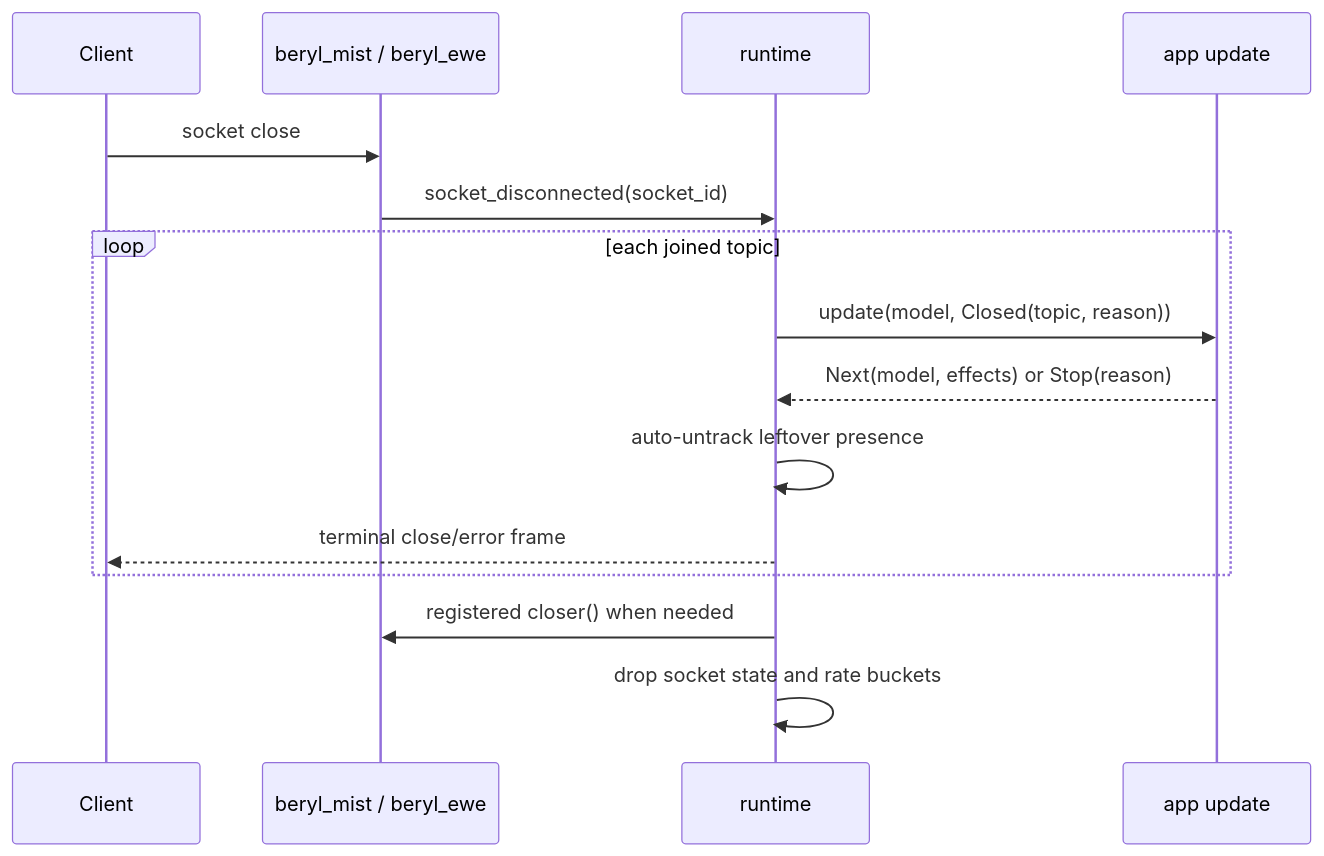
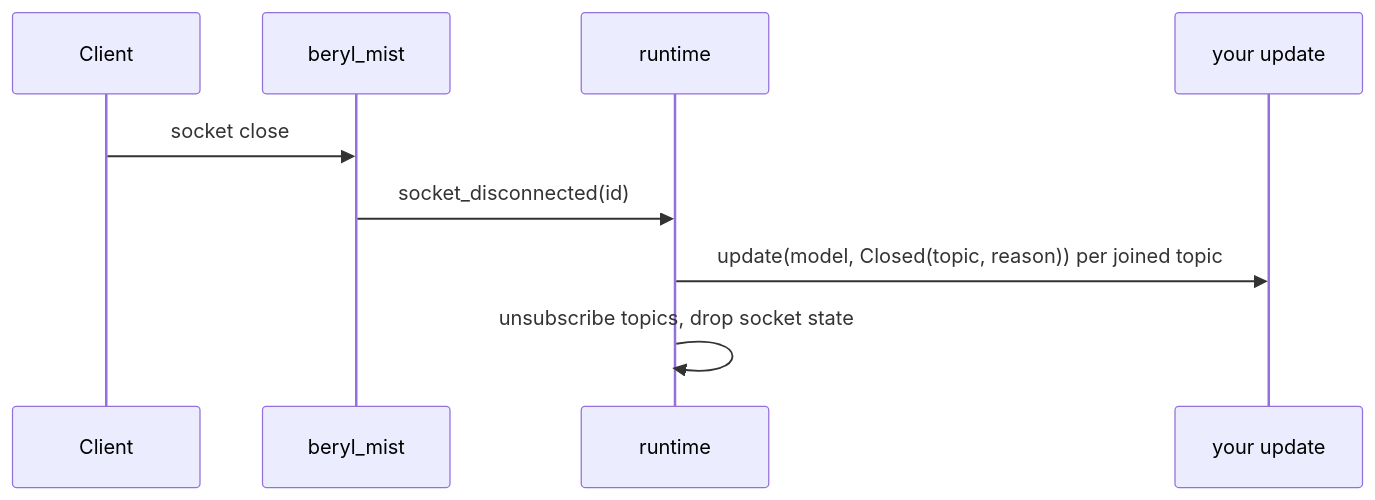
One commit to tylerbutler/beryl changed the sixth of 6 diagrams in website/src/content/docs/architecture/message-lifecycle.md. Above: the diagram before and after it, drawn with Mermaid. The commit also changed other lines of this file and 35 other files, not shown here.

````diff
--- a/website/src/content/docs/architecture/message-lifecycle.md
+++ b/website/src/content/docs/architecture/message-lifecycle.md
@@ -99,17 +96,11 @@
 ```mermaid
 sequenceDiagram
   participant Client
-  participant Transport as beryl_mist / beryl_ewe
-  participant Runtime as runtime
-  participant App as app update
-  Client->>Transport: socket close
-  Transport->>Runtime: socket_disconnected(socket_id)
-  loop each joined topic
-    Runtime->>App: update(model, Closed(topic, reason))
-    App-->>Runtime: Next(model, effects) or Stop(reason)
-    Runtime->>Runtime: auto-untrack leftover presence
-    Runtime-->>Client: terminal close/error frame
-  end
-  Runtime->>Transport: registered closer() when needed
-  Runtime->>Runtime: drop socket state and rate buckets
+  participant Mist as beryl_mist
+  participant RT as runtime
+  participant App as your update
+  Client->>Mist: socket close
+  Mist->>RT: socket_disconnected(id)
+  RT->>App: update(model, Closed(topic, reason)) per joined topic
+  RT->>RT: unsubscribe topics, drop socket state
 ```
````
